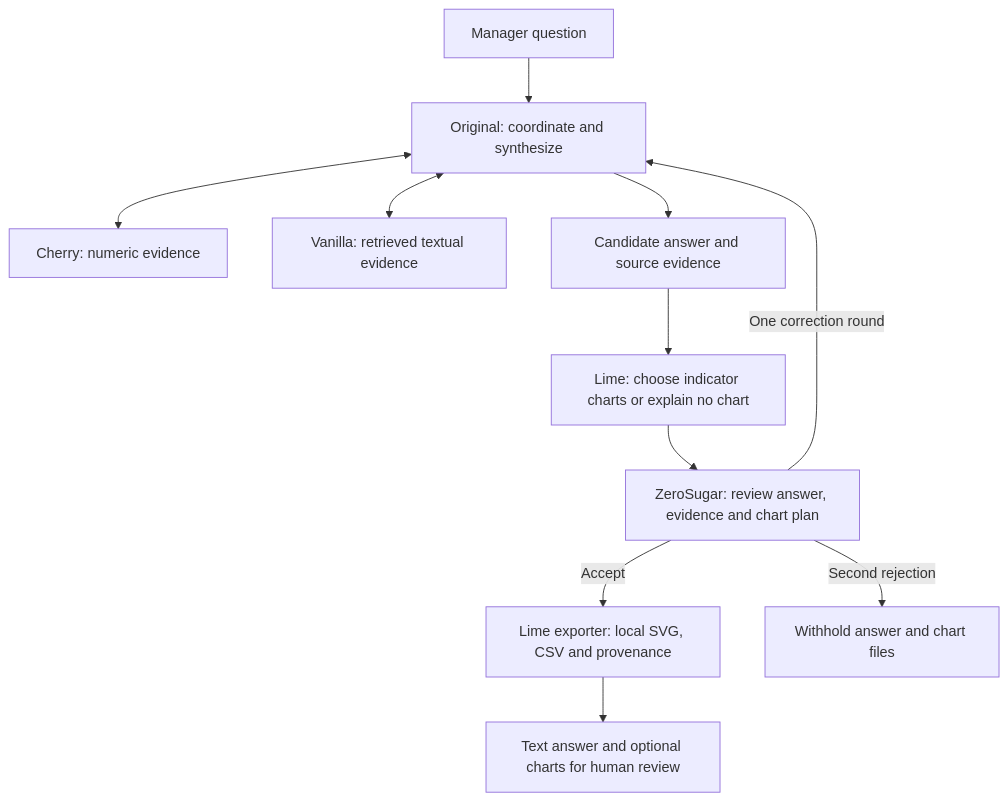
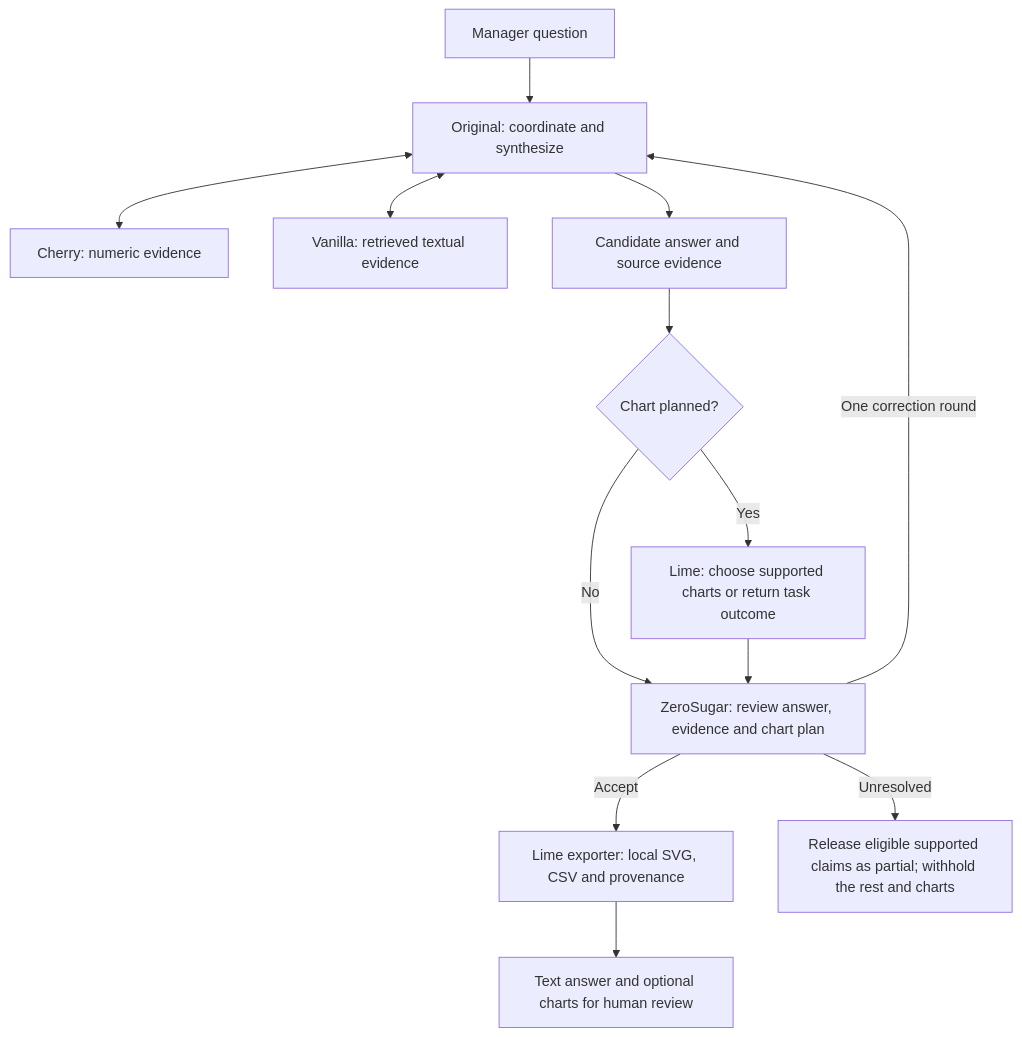
One commit to kavurutanya-04/echo_practicum_UI changed the diagram in Agent_Echo/AGENT_ROLES.md. Above: the diagram before and after it, drawn with Mermaid. The commit also changed other lines of this file and 11 other files, not shown here.

````diff
--- a/Agent_Echo/AGENT_ROLES.md
+++ b/Agent_Echo/AGENT_ROLES.md
@@ -92,13 +92,15 @@
 ```mermaid
 flowchart TB
     Q[Manager question] --> O[Original: coordinate and synthesize]
     O <--> C[Cherry: numeric evidence]
     O <--> V[Vanilla: retrieved textual evidence]
     O --> P[Candidate answer and source evidence]
-    P --> G[Lime: choose indicator charts or explain no chart]
+    P --> D{Chart planned?}
+    D -->|Yes| G[Lime: choose supported charts or return task outcome]
+    D -->|No| Z
     G --> Z[ZeroSugar: review answer, evidence and chart plan]
     Z -->|One correction round| O
     Z -->|Accept| E[Lime exporter: local SVG, CSV and provenance]
     E --> H[Text answer and optional charts for human review]
-    Z -->|Second rejection| W[Withhold answer and chart files]
+    Z -->|Unresolved| W[Release eligible supported claims as partial; withhold the rest and charts]
 ```
````
